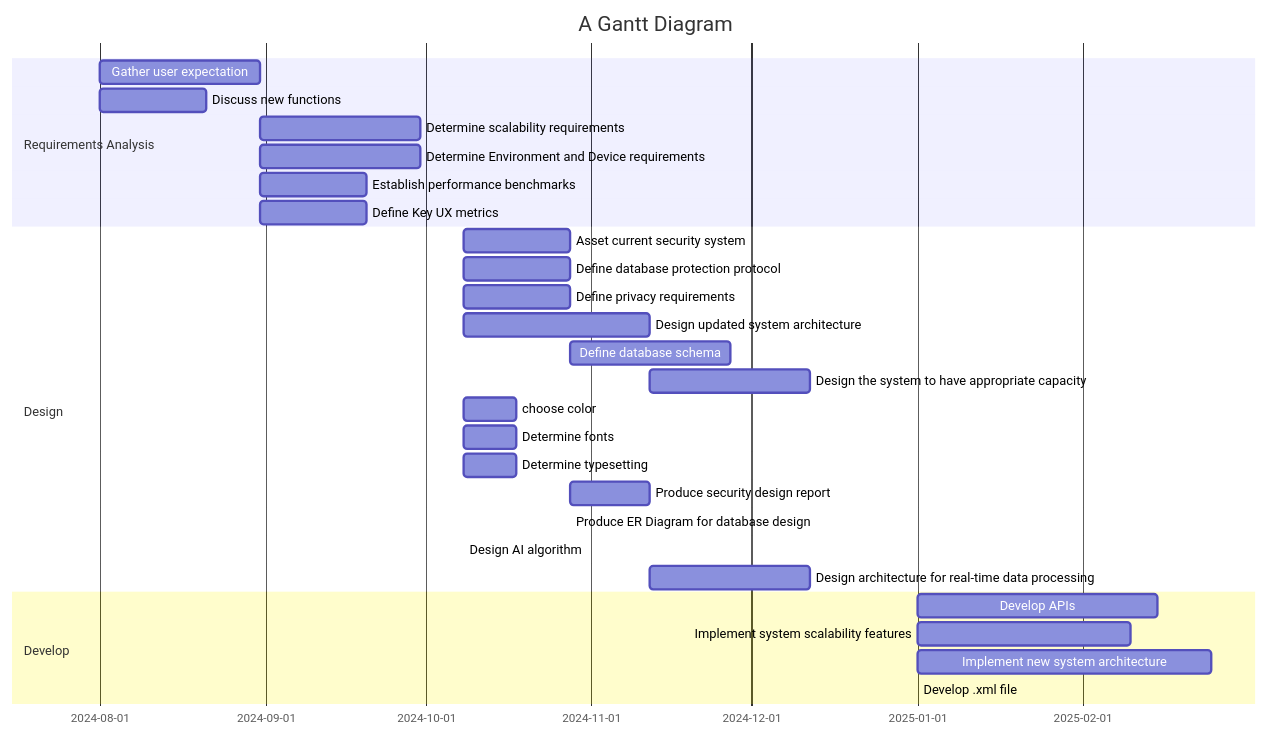
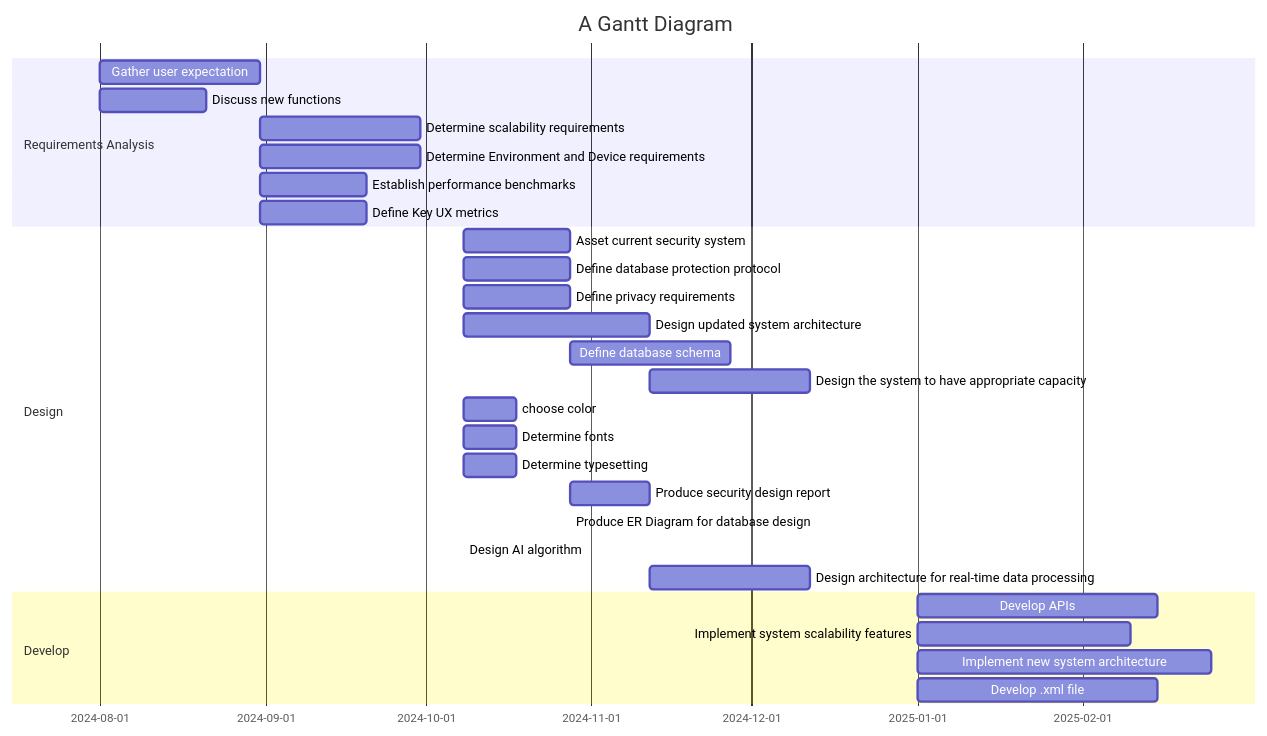
The diagram in all/Untitled-3.md (sayshelley/iodraw-files), drawn with Mermaid before and after one commit.

Commit message:
2024-10-06 23:17:49 update

````diff
--- a/all/Untitled-3.md
+++ b/all/Untitled-3.md
@@ -1,37 +1,38 @@
 ```mermaid
 gantt
     title A Gantt Diagram
     dateFormat  YYYY-MM-DD
     section Requirements Analysis
         Gather user expectation: a4, 2024-08-01, 30d
         Discuss new functions: a6, 2024-08-01, 20d
         Determine scalability requirements: a1, after a4, 30d
         Determine Environment and Device requirements: a2, after a4, 30d
         Establish performance benchmarks: a3, after a4, 20d
         Define Key UX metrics: a5, after a4, 20d
         
     section Design
         Asset current security system: b1, 2024-10-08, 20d
         Define database protection protocol: b2, 2024-10-08, 20d
         Define privacy requirements: b3, 2024-10-08, 20d
         Design updated system architecture: b4, 2024-10-08, 35d
         Define database schema: b5, after b2, 30d
         Design the system to have appropriate capacity: b6, after b4, 30d
         choose color: b7, 2024-10-08, 10d
         Determine fonts: b8, 2024-10-08, 10d
         Determine typesetting: b9, 2024-10-08, 10d
         Produce security design report: b10, 2024-10-28 ,15d
         Produce ER Diagram for database design: b11, 2024-10-28, 15
         Design AI algorithm: b12, 2024-10-08, 35
         Design architecture for real-time data processing: b13, 2024-11-12,30d
     section Develop
         Develop APIs: c1, 2025-01-01, 45d
         Implement system scalability features: c2, 2025-01-01, 40d
         Implement new system architecture: c3, 2025-01-01, 55d
-        Develop .xml file: c4, 2025-01-01, 45
+        Develop .xml file: c4, 2025-01-01, 45d
+        
 
     
 
 
    
 ```
````
